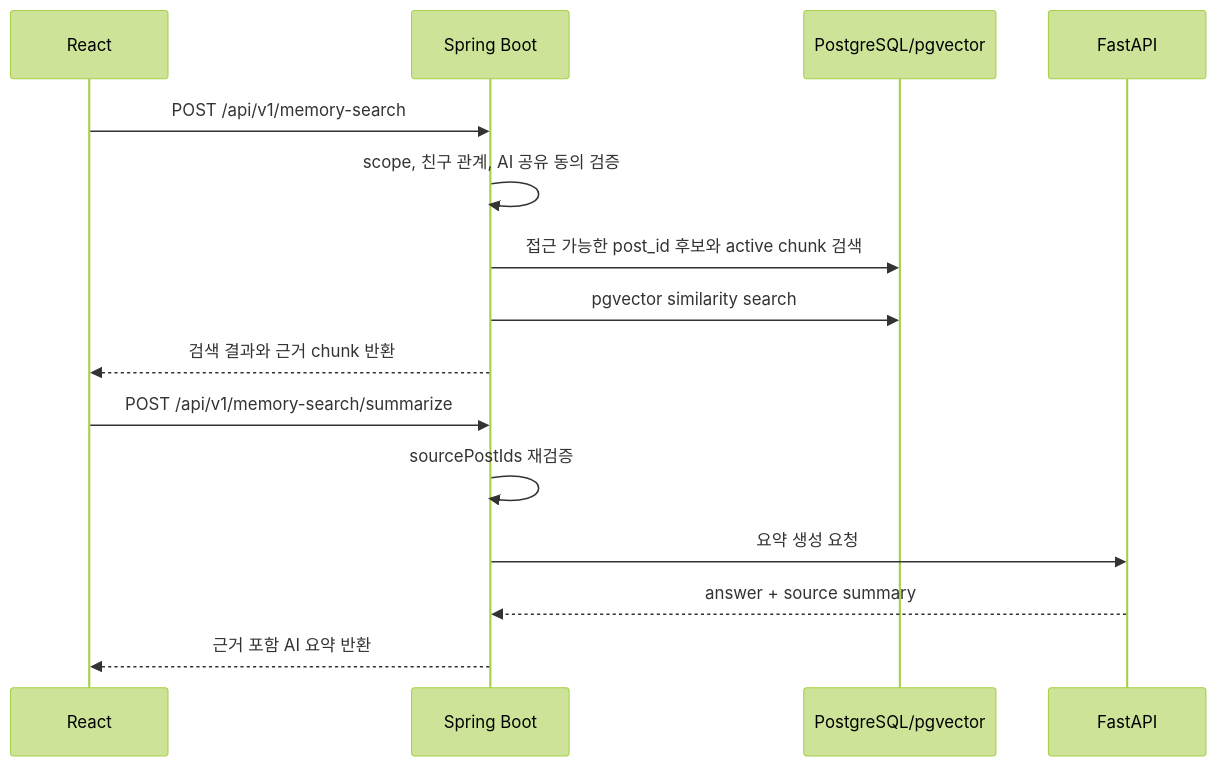
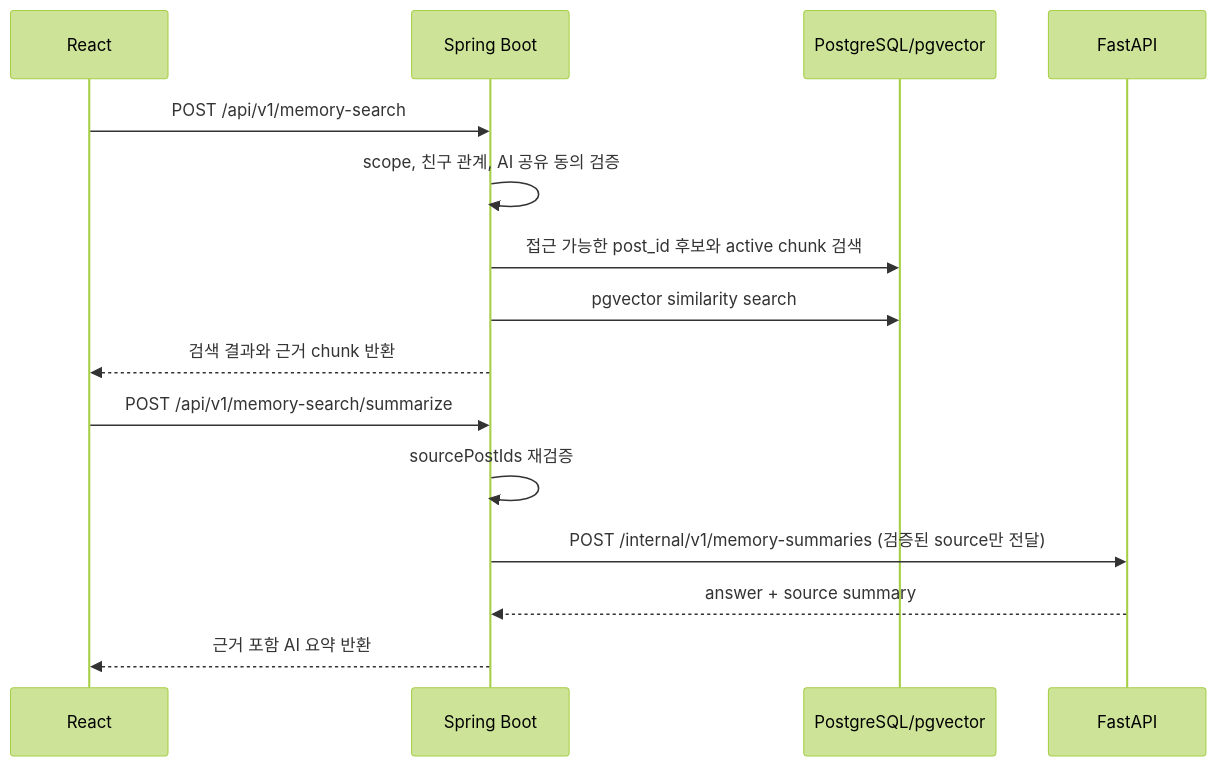
One commit to seok3m4/AI_w15-16 changed the fourth of 5 diagrams in docs/01-design/ARCHITECTURE.md. Above: the diagram before and after it, drawn with Mermaid (forest theme). The commit also changed 2 other files, not shown here.

Commit message:
docs: 구현 간 중간 체크포인트 문서 최신화

````diff
--- a/docs/01-design/ARCHITECTURE.md
+++ b/docs/01-design/ARCHITECTURE.md
@@ -195,19 +195,19 @@
 ```mermaid
 sequenceDiagram
     participant R as React
     participant S as Spring Boot
     participant D as PostgreSQL/pgvector
     participant F as FastAPI
 
     R->>S: POST /api/v1/memory-search
     S->>S: scope, 친구 관계, AI 공유 동의 검증
     S->>D: 접근 가능한 post_id 후보와 active chunk 검색
     S->>D: pgvector similarity search
     S-->>R: 검색 결과와 근거 chunk 반환
 
     R->>S: POST /api/v1/memory-search/summarize
     S->>S: sourcePostIds 재검증
-    S->>F: 요약 생성 요청
+    S->>F: POST /internal/v1/memory-summaries (검증된 source만 전달)
     F-->>S: answer + source summary
     S-->>R: 근거 포함 AI 요약 반환
 ```
````
